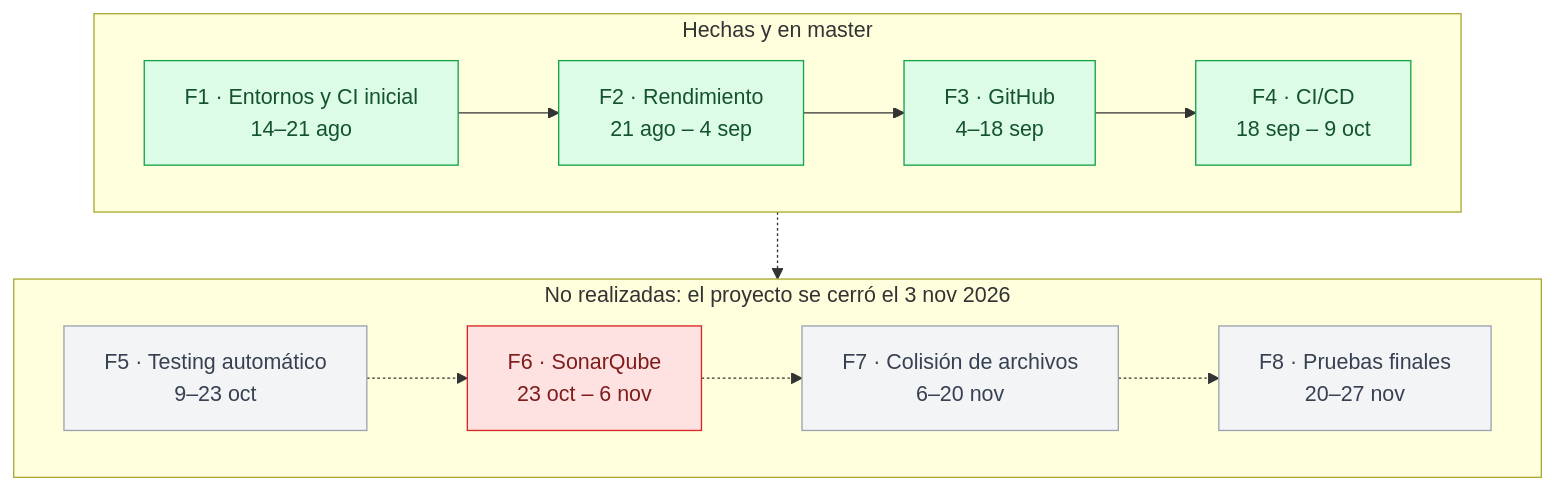
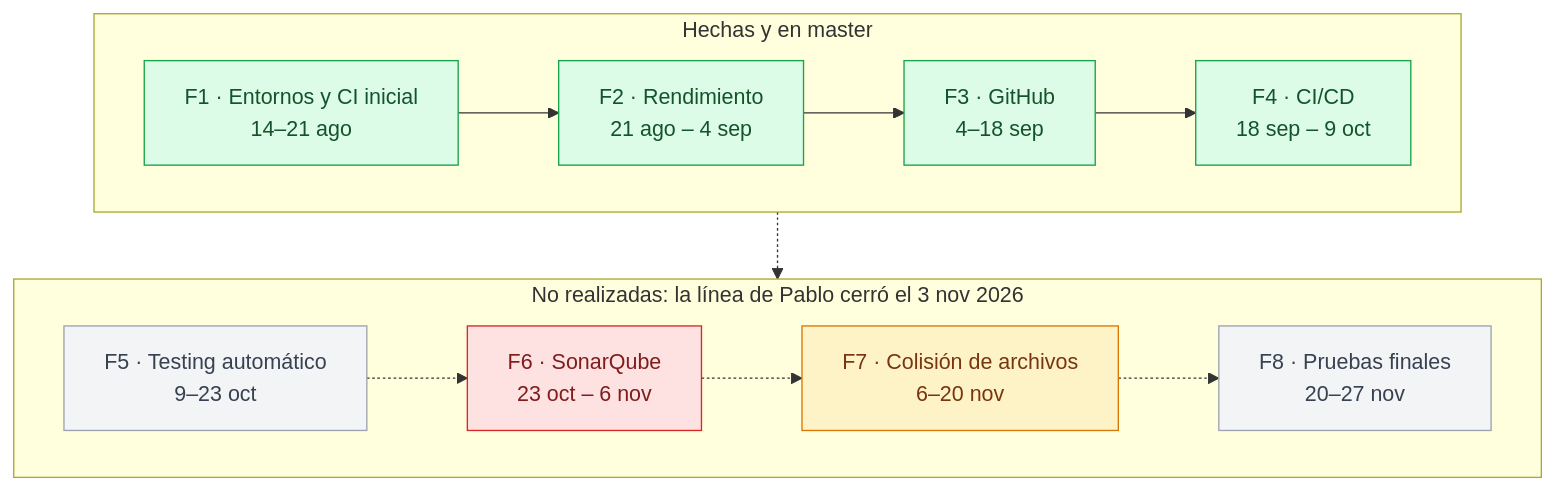
One commit to PabloP150/proyecto-is-cc6 changed the diagram in documentacion/08-fases/README.md. Above: the diagram before and after it, drawn with Mermaid. The commit also changed other lines of this file and 204 other files, not shown here.

First line of the commit message:
docs: update all documentation, diagrams and PNGs to the test/e2e state

````diff
--- a/documentacion/08-fases/README.md
+++ b/documentacion/08-fases/README.md
@@ -5,22 +5,24 @@
 ```mermaid
 flowchart TB
     subgraph H["Hechas y en master"]
         direction LR
         F1["F1 · Entornos y CI inicial<br/>14–21 ago"] --> F2["F2 · Rendimiento<br/>21 ago – 4 sep"]
         F2 --> F3["F3 · GitHub<br/>4–18 sep"]
         F3 --> F4["F4 · CI/CD<br/>18 sep – 9 oct"]
     end
-    subgraph N["No realizadas: el proyecto se cerró el 3 nov 2026"]
+    subgraph N["No realizadas: la línea de Pablo cerró el 3 nov 2026"]
         direction LR
         F5["F5 · Testing automático<br/>9–23 oct"] -.-> F6["F6 · SonarQube<br/>23 oct – 6 nov"]
         F6 -.-> F7["F7 · Colisión de archivos<br/>6–20 nov"]
         F7 -.-> F8["F8 · Pruebas finales<br/>20–27 nov"]
     end
     H -.-> N
     classDef done fill:#dcfce7,stroke:#16a34a,color:#14532d
     classDef no fill:#f3f4f6,stroke:#9ca3af,color:#374151
     classDef cancel fill:#fee2e2,stroke:#dc2626,color:#7f1d1d
+    classDef post fill:#fef3c7,stroke:#d97706,color:#78350f
     class F1,F2,F3,F4 done
-    class F5,F7,F8 no
+    class F5,F8 no
     class F6 cancel
+    class F7 post
 ```
````
